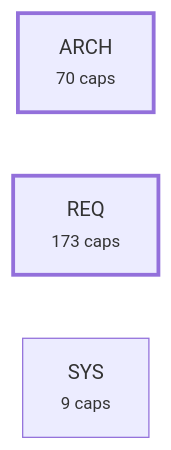
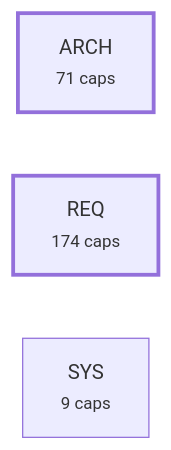
The fourth of 5 diagrams in plugin/requirements/_map.md (alxmax/Requirement-manager), drawn with Mermaid before and after one commit. The commit also changed other lines of this file and 15 other files, not shown here.

````diff
--- a/plugin/requirements/_map.md
+++ b/plugin/requirements/_map.md
@@ -987,8 +998,8 @@
 ```mermaid
 graph LR
-  a_ARCH["ARCH<br><small>70 caps</small>"]
-  a_REQ["REQ<br><small>173 caps</small>"]
+  a_ARCH["ARCH<br><small>71 caps</small>"]
+  a_REQ["REQ<br><small>174 caps</small>"]
   a_SYS["SYS<br><small>9 caps</small>"]
   style a_ARCH stroke-width:3px
   style a_REQ stroke-width:3px
 ```
````
